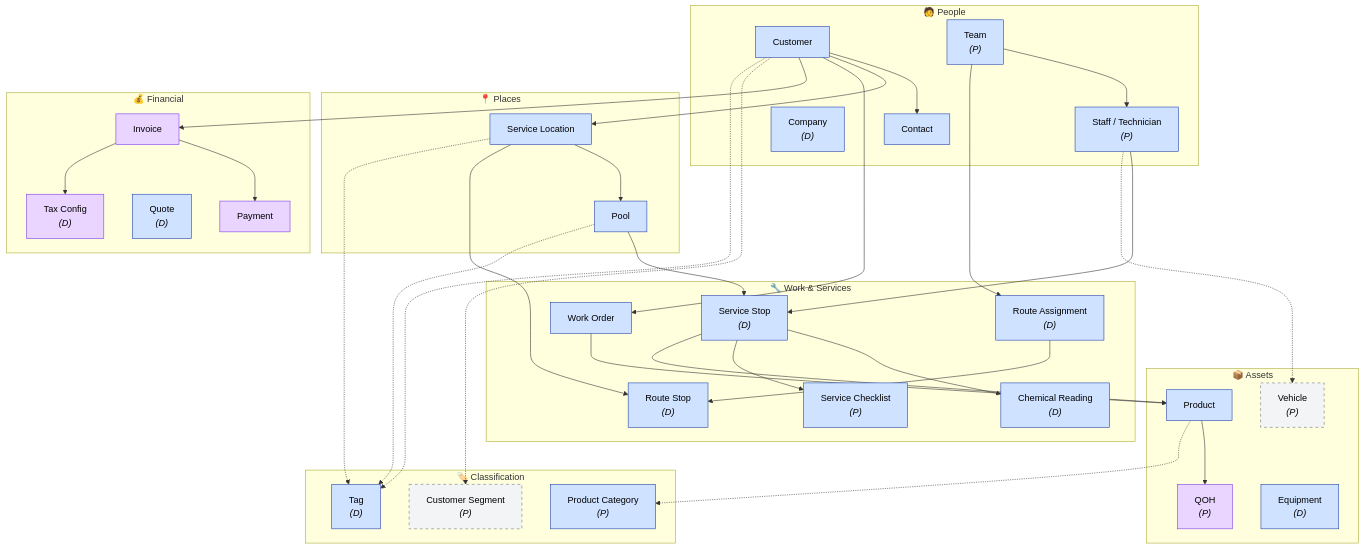
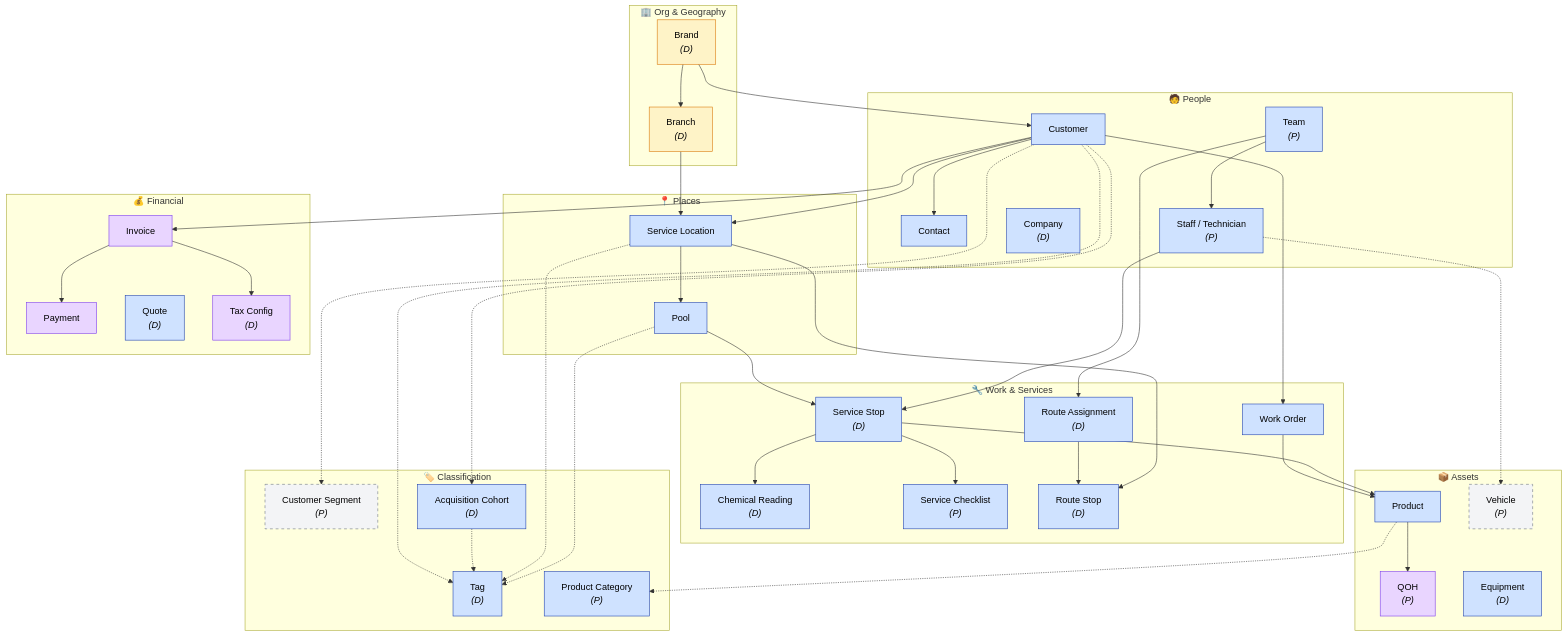
One commit to rosssivertsen/splashworks-data-warehouse changed the diagram in docs/enterprise/entity-map.md. Above: the diagram before and after it, drawn with Mermaid. The commit also changed other lines of this file and 5 other files, not shown here.

First line of the commit message:
docs(eia): backfill Brand, Branch, Acquisition Cohort taxonomies

````diff
--- a/docs/enterprise/entity-map.md
+++ b/docs/enterprise/entity-map.md
@@ -35,6 +35,11 @@
     classDef zoho fill:#d1fae5,stroke:#059669,color:#000
     classDef warehouse fill:#fef3c7,stroke:#d97706,color:#000
     classDef tbd fill:#f3f4f6,stroke:#6b7280,color:#000,stroke-dasharray: 5 5
+
+    subgraph org[" 🏢 Org & Geography "]
+        BRAND["Brand<br/><i>(D)</i>"]
+        BRANCH["Branch<br/><i>(D)</i>"]
+    end
 
     subgraph people[" 🧑 People "]
         CUST[Customer]
@@ -76,7 +81,13 @@
         TAG["Tag<br/><i>(D)</i>"]
         CSEG["Customer Segment<br/><i>(P)</i>"]
         PCAT["Product Category<br/><i>(P)</i>"]
+        ACOH["Acquisition Cohort<br/><i>(D)</i>"]
     end
+
+    %% Org & Geography relationships
+    BRAND --> BRANCH
+    BRAND --> CUST
+    BRANCH --> SVCLOC
 
     %% Core structural relationships
     CUST --> CONT
@@ -102,12 +113,15 @@
     PROD -.-> PCAT
     CUST -.-> CSEG
     CUST -.-> TAG
+    CUST -.-> ACOH
+    ACOH -.-> TAG
     SVCLOC -.-> TAG
     POOL -.-> TAG
     STAFF -.-> VEH
 
     %% System-of-Record coloring
-    class CUST,CONT,SVCLOC,POOL,STAFF,TEAM,COMP,PROD,EQ,WO,SS,CR,SC,RA,RS,QT,TAG,PCAT skimmer
+    class CUST,CONT,SVCLOC,POOL,STAFF,TEAM,COMP,PROD,EQ,WO,SS,CR,SC,RA,RS,QT,TAG,PCAT,ACOH skimmer
     class QOH,INV,PAY,TAX qbo
+    class BRAND,BRANCH warehouse
     class VEH,CSEG tbd
 ```
````
